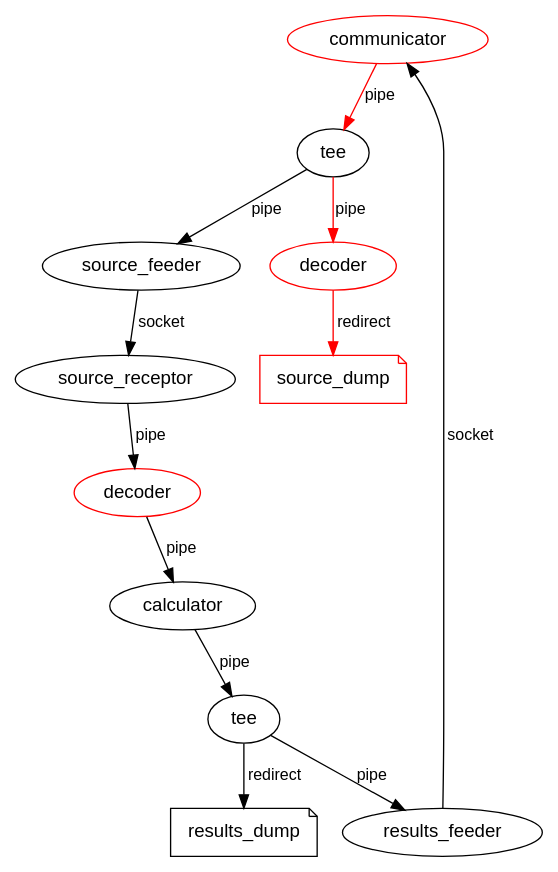
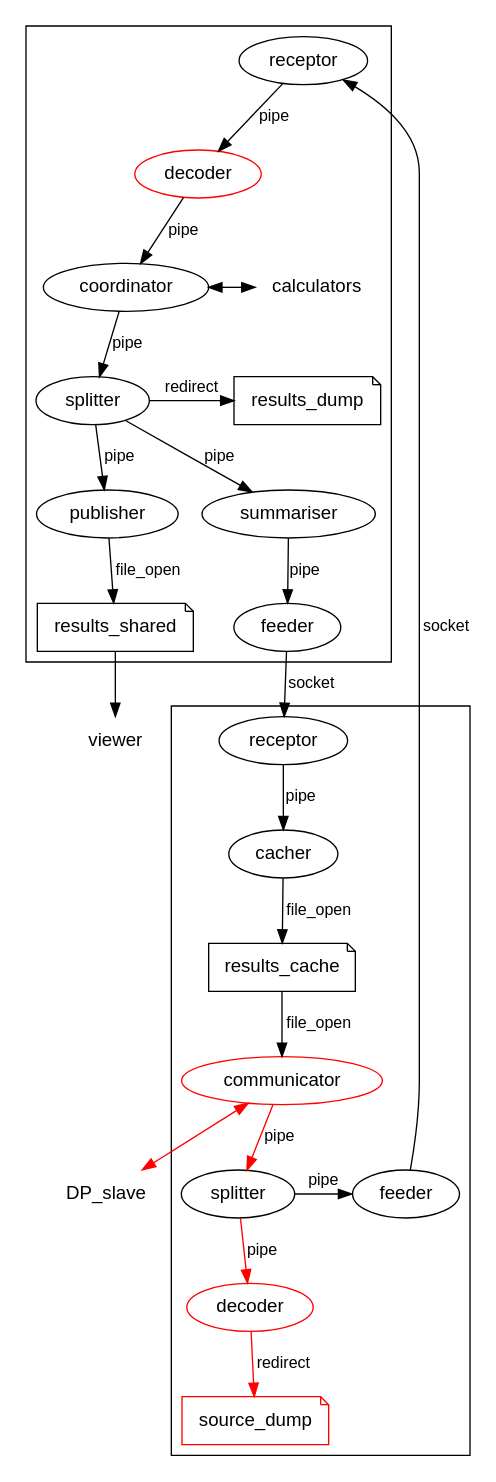
Before and after one commit to kyoma-takahashi/tklazyrtsp: the diagram in components.dot, drawn with Graphviz. The commit also changed 11 other files, not shown here.

Commit message:
components.dot and howto-exec.txt:   Updated the architecture. tee2process.rb:   To multiple destinations. Others:   Added.

```diff
--- a/components.dot
+++ b/components.dot
@@ -1,94 +1,193 @@
 digraph {
 
   graph [
     // layout = circo
     // layout = fdp
     // layput = neato
     // layput = sfdp
     // layout = osage
     // layout = twopi
     // layout = dot
     // layput = patchwork
-    // label = "Components and data flow among them. In red: already implemented."
+    // label = "Components and data flow among them. In red: already implemented. No frame: out of scope."
     // labelloc = t
     fontname = Helvetica
     // rankdir = LR
     rankdir = TB
   ]
 
   node [
     fontname = Helvetica
     fontsize = 14
     shape = oval
     fillcolor = white
     style = filled
   ]
 
   edge [
     labelfloat = false
     fontname = Helvetica
     fontsize = 12
   ]
 
-  communicator -> source_splitter -> decoder1 [
-    label = "pipe"
-    color = red
-  ]
+  subgraph cluster_communicator {
 
-  source_splitter -> source_feeder [
-    label = "pipe"
-  ]
+    communicator -> source_splitter -> decoder1 [
+      label = pipe
+      color = red
+    ]
 
-  decoder1 -> source_dump [
-    label = "redirect"
-    color = red
-  ]
+    source_splitter -> source_feeder [
+      label = pipe
+    ]
 
-  communicator [
-    color = red
-  ]
+    decoder1 -> source_dump [
+      label = redirect
+      color = red
+    ]
 
-  source_splitter [
-    label = tee
-  ]
+    results_receptor -> results_cacher [
+      label = pipe
+    ]
 
-  decoder1 [
-    color = red
-    label = decoder
-  ]
+    results_cacher -> results_cache [
+      label = file_open
+    ]
 
-  source_dump [
-    shape = note
-    color = red
-  ]
+    results_cache -> communicator [
+      label = file_open
+    ]
 
-  source_receptor -> decoder2 -> calculator -> results_splitter -> results_feeder [
-    label = "pipe"
-  ]
+    communicator [
+      color = red
+    ]
 
-  results_splitter -> results_dump [
-    label = "redirect"
-  ]
+    source_splitter [
+      label = splitter
+    ]
 
-  decoder2 [
-    color = red
-    label = decoder
-  ]
+    decoder1 [
+      color = red
+      label = decoder
+    ]
 
-  results_splitter [
-    label = tee
-  ]
+    source_dump [
+      shape = note
+      color = red
+    ]
 
-  results_dump [
-    shape = note
-  ]
+    source_feeder [
+      label = feeder
+    ]
 
-  results_feeder -> communicator [
-    label = "socket"
+    results_receptor [
+      label = receptor
+    ]
+
+    results_cacher [
+      label = cacher
+    ]
+
+    results_cache [
+      shape = note
+    ]
+
+    {rank = same; source_splitter; source_feeder;}
+
+  }
+
+  subgraph cluster_calculator {
+
+    source_receptor -> decoder2 -> calculation_coordinator -> results_splitter -> results_summariser ->results_feeder [
+      label = pipe
+    ]
+
+    calculation_coordinator -> calculators [
+      dir = both
+    ]
+
+    results_splitter -> results_dump [
+      label = redirect
+    ]
+
+    results_splitter -> results_publisher [
+      label = pipe
+    ]
+
+    results_publisher -> results_shared [
+      label = file_open
+    ]
+
+    source_receptor [
+      label = receptor
+    ]
+
+    decoder2 [
+      color = red
+      label = decoder
+    ]
+
+    calculation_coordinator [
+      label = coordinator
+    ]
+
+    calculators [
+      shape = plaintext
+    ]
+
+    results_splitter [
+      label = splitter
+    ]
+
+    results_dump [
+      shape = note
+    ]
+
+    results_summariser [
+      label = summariser
+    ]
+
+    results_feeder [
+      label = feeder
+    ]
+
+    results_publisher [
+      label = publisher
+    ]
+
+    results_shared [
+      shape = note
+    ]
+
+    {rank = same; calculation_coordinator; calculators;}
+    {rank = same; results_splitter; results_dump;}
+
+  }
+
+  results_feeder -> results_receptor [
+    label = socket
     weight = 1
   ]
 
   source_feeder -> source_receptor [
-    label = "socket"
+    label = socket
+    weight = 1
   ]
+
+  communicator -> DP_slave [
+    dir = both
+    color = red
+  ]
+
+  DP_slave [
+    shape = plaintext
+  ]
+
+  results_shared -> viewer [
+  ]
+
+  viewer [
+    shape = plaintext
+  ]
+
 }
```
